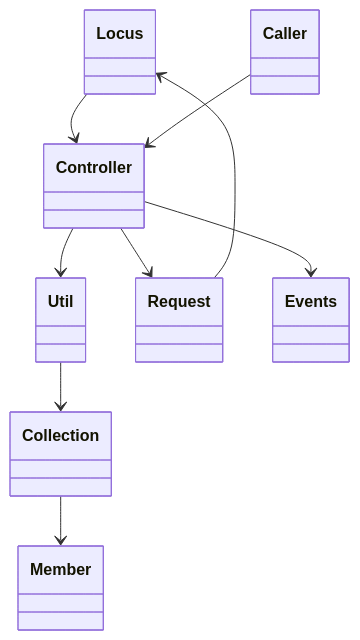
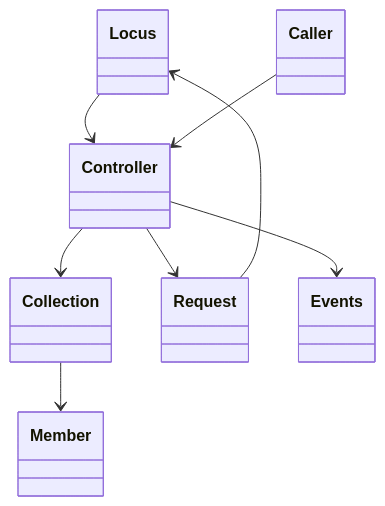
The fourth of 4 diagrams in packages/@webex/plugin-meetings/src/members/ai-docs/members-spec.md (webex/webex-js-sdk), drawn with Mermaid before and after one commit. The commit also changed other lines of this file and 24 other files, not shown here.

````diff
--- a/packages/@webex/plugin-meetings/src/members/ai-docs/members-spec.md
+++ b/packages/@webex/plugin-meetings/src/members/ai-docs/members-spec.md
@@ -158,19 +183,17 @@
 ```mermaid
 classDiagram
   class Locus
   class Controller
-  class Util
   class Collection
   class Member
   class Caller
   class Request
   class Events
   Locus --> Controller
-  Controller --> Util
-  Util --> Collection
+  Controller --> Collection
   Collection --> Member
   Caller --> Controller
   Controller --> Request
   Request --> Locus
   Controller --> Events
 ```
````
